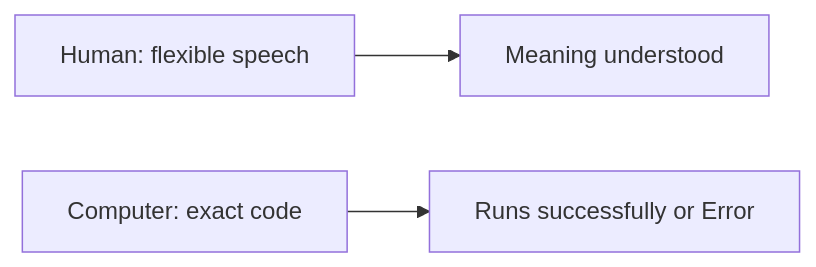
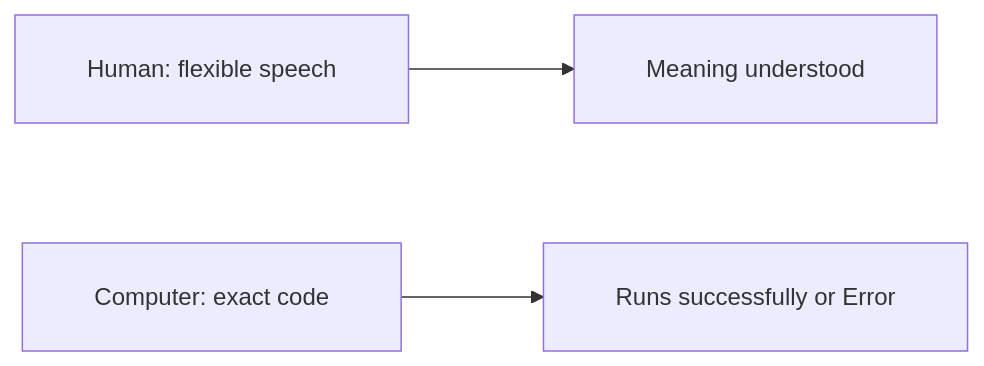
One commit to ABVenu/salcurriculum changed the second of 8 diagrams in SAL-2026/Python Basics - English/S01/NotesPresentation.md. Above: the diagram before and after it, drawn with Mermaid. The commit also changed other lines of this file and 820 other files, not shown here.

````diff
--- a/SAL-2026/Python Basics - English/S01/NotesPresentation.md
+++ b/SAL-2026/Python Basics - English/S01/NotesPresentation.md
@@ -67,5 +287,6 @@
 ```mermaid
+%%{init: {"flowchart": {"htmlLabels": false, "curve": "basis", "padding": 24, "nodeSpacing": 80, "rankSpacing": 90, "diagramPadding": 48}}}%%
 flowchart LR
-    H[Human: flexible speech] --> HU[Meaning understood]
-    C[Computer: exact code] --> CR[Runs successfully or Error]
+    H["  Human: flexible speech  "] --> HU["  Meaning understood  "]
+    C["  Computer: exact code  "] --> CR["  Runs successfully or Error  "]
 ```
````
